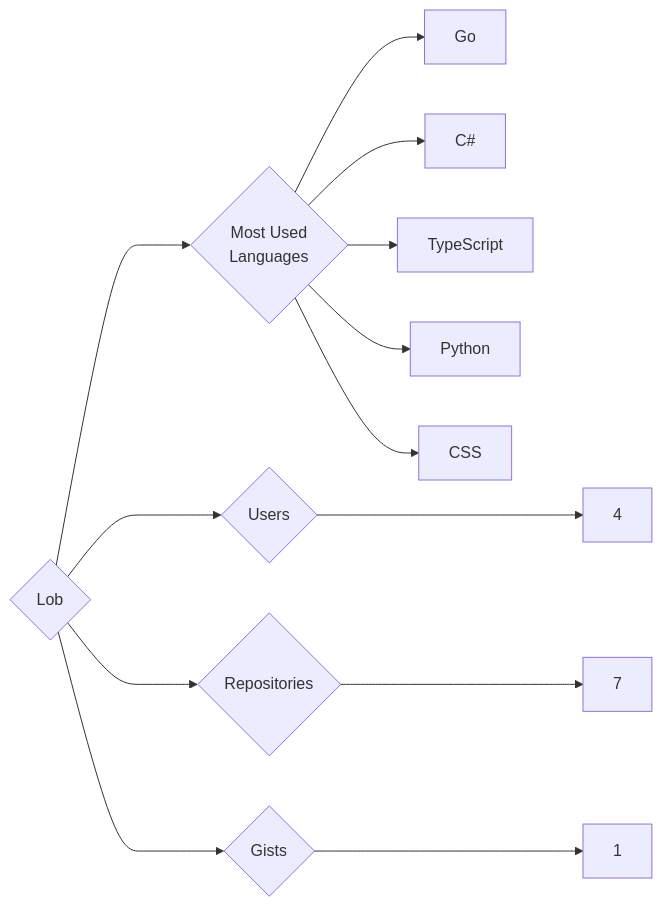
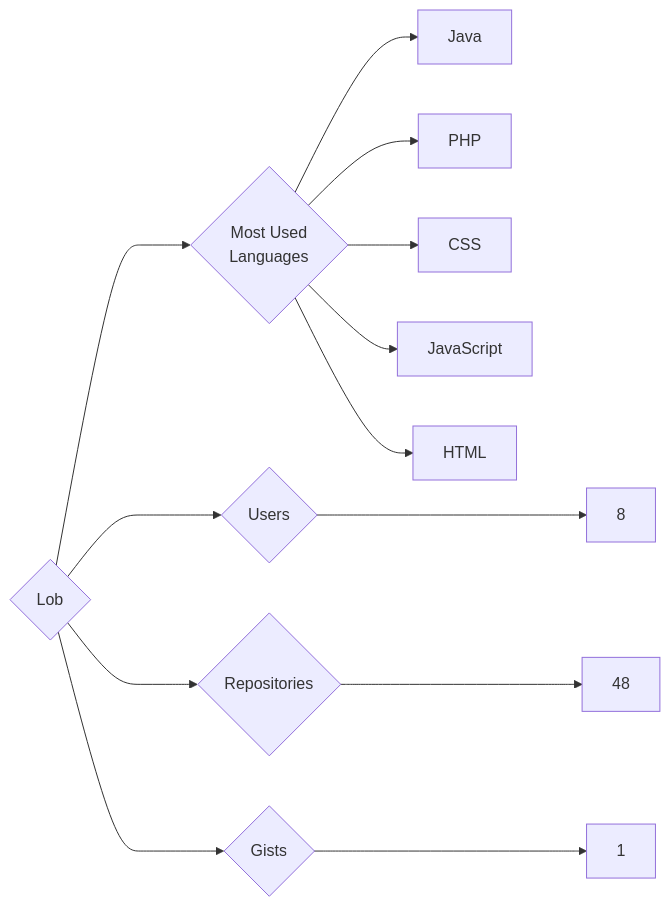
Before and after one commit to trickest/insiders: the diagram in targets/Lob/README.md, drawn with Mermaid. The commit also changed 914 other files, not shown here.

````diff
--- a/targets/Lob/README.md
+++ b/targets/Lob/README.md
@@ -3,13 +3,13 @@
 ```mermaid
 graph LR
 COMPANY_NAME{Lob}
-COMPANY_NAME ---> U{Users} ---> UN[4]
-COMPANY_NAME ---> R{Repositories} ---> RN[7]
+COMPANY_NAME ---> U{Users} ---> UN[8]
+COMPANY_NAME ---> R{Repositories} ---> RN[48]
 COMPANY_NAME ---> G{Gists} ---> GN[1]
 COMPANY_NAME ---> ML{Most Used<br>Languages}
-ML --> Go[Go]
-ML --> C#[C#]
-ML --> TypeScript[TypeScript]
-ML --> Python[Python]
+ML --> Java[Java]
+ML --> PHP[PHP]
 ML --> CSS[CSS]
+ML --> JavaScript[JavaScript]
+ML --> HTML[HTML]
 ```
````
